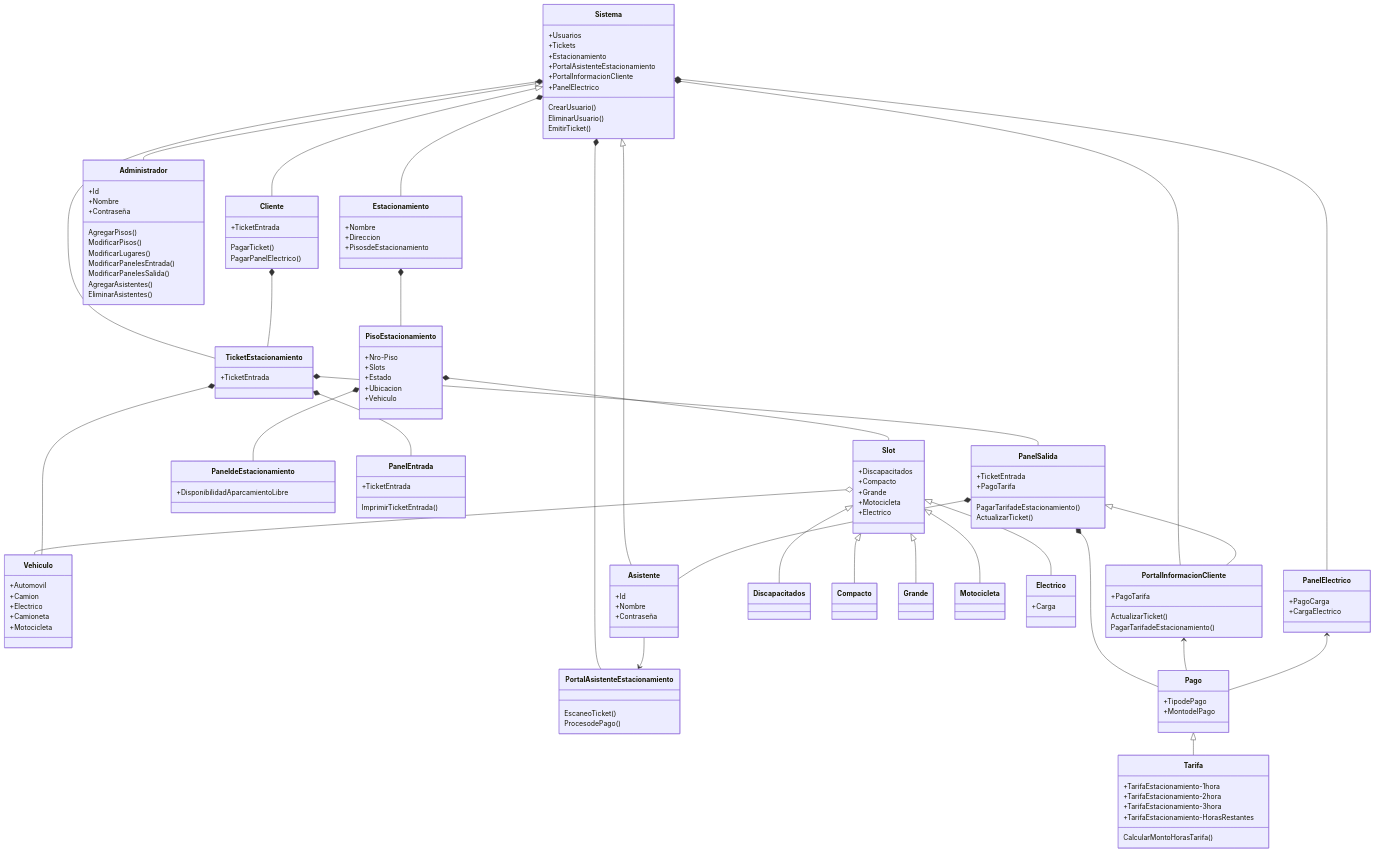
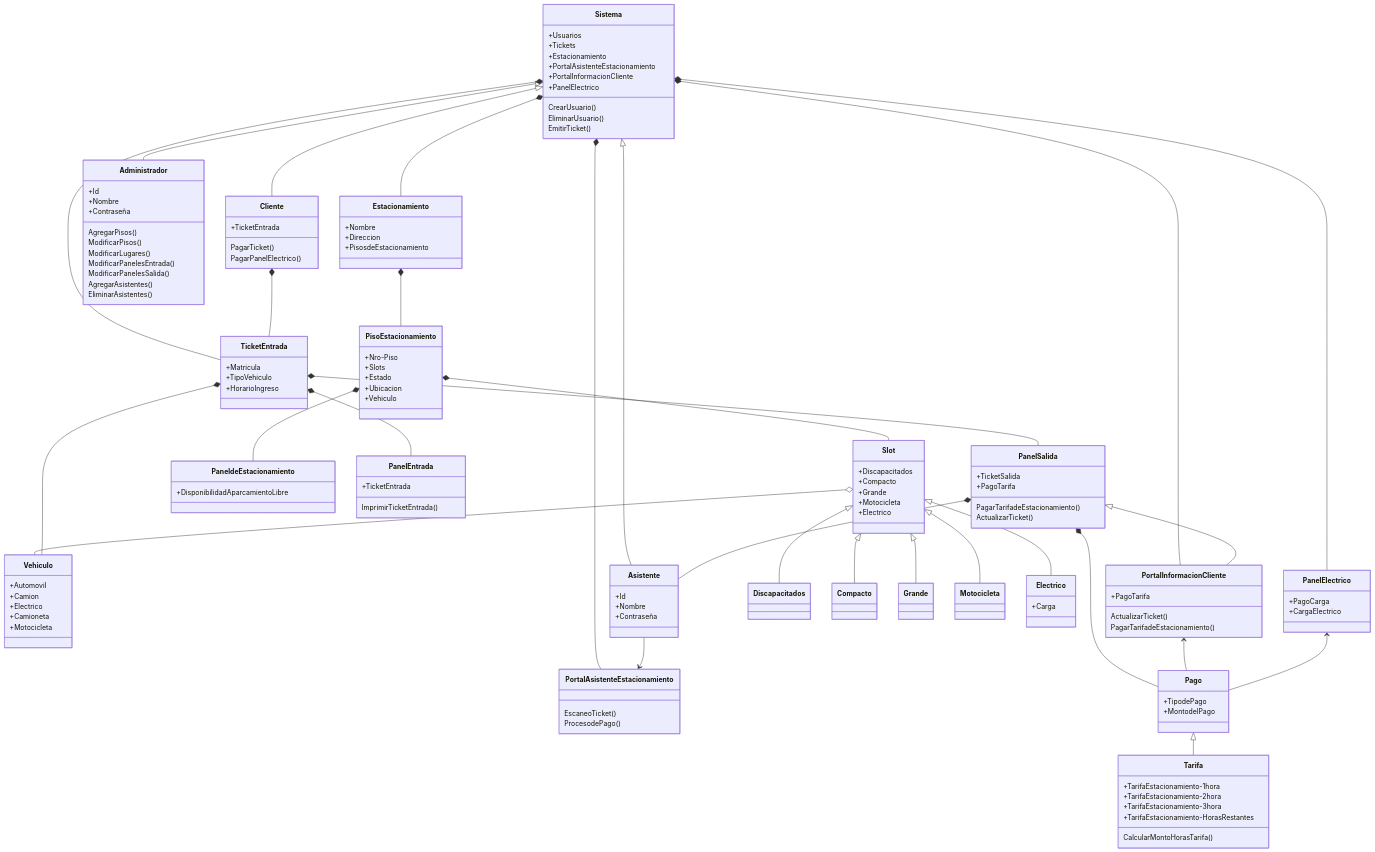
The diagram in doc/diagrama.mmd (09MauroID/Estacionamiento), drawn with Mermaid before and after one commit.

```diff
--- a/doc/diagrama.mmd
+++ b/doc/diagrama.mmd
@@ -1,149 +1,151 @@
 classDiagram
     Estacionamiento *-- PisoEstacionamiento
     PisoEstacionamiento *-- Slot
     Slot o-- Vehiculo
     PisoEstacionamiento *-- PaneldeEstacionamiento
     
     Sistema *-- Estacionamiento
-    Sistema *-- TicketEstacionamiento
+    Sistema *-- TicketEntrada
     Sistema *-- PortalAsistenteEstacionamiento
     Sistema *-- PortalInformacionCliente
     Sistema *-- PanelElectrico
 
     Slot <|-- Discapacitados
     Slot <|-- Compacto
     Slot <|-- Grande
     Slot <|-- Motocicleta
     Slot <|-- Electrico
     
     Sistema <|-- Administrador
     Sistema <|-- Cliente
     Sistema <|-- Asistente
     
     Asistente --> PortalAsistenteEstacionamiento
 
-    Cliente *-- TicketEstacionamiento
+    Cliente *-- TicketEntrada
 
-    TicketEstacionamiento *-- PanelEntrada
-    TicketEstacionamiento *-- PanelSalida
-    TicketEstacionamiento *-- Vehiculo
+    TicketEntrada *-- PanelEntrada
+    TicketEntrada *-- PanelSalida
+    TicketEntrada *-- Vehiculo
 
     PanelSalida *-- Asistente
     PanelSalida *-- Pago
     PanelSalida <|-- PortalInformacionCliente    
 
     PortalInformacionCliente <-- Pago
 
     PanelElectrico <-- Pago
 
     Pago <|-- Tarifa
 
     class Sistema
     Sistema: +Usuarios
     Sistema: +Tickets
     Sistema: +Estacionamiento
     Sistema: +PortalAsistenteEstacionamiento
     Sistema: +PortalInformacionCliente
     Sistema: +PanelElectrico
     Sistema: CrearUsuario()
     Sistema: EliminarUsuario()
     Sistema: EmitirTicket()
 
     class Estacionamiento
     Estacionamiento: +Nombre
     Estacionamiento: +Direccion
     Estacionamiento: +PisosdeEstacionamiento
 
     class PisoEstacionamiento
     PisoEstacionamiento: +Nro-Piso
     PisoEstacionamiento: +Slots
     PisoEstacionamiento: +Estado
     PisoEstacionamiento: +Ubicacion
     PisoEstacionamiento: +Vehiculo
 
     class Slot
     Slot: +Discapacitados
     Slot: +Compacto
     Slot: +Grande
     Slot: +Motocicleta
     Slot: +Electrico
     
     class Discapacitados
 
     class Compacto
     
     class Grande
     
     class Motocicleta
     
     class Electrico
     Electrico: +Carga
 
     class Vehiculo
     Vehiculo: +Automovil
     Vehiculo: +Camion
     Vehiculo: +Electrico
     Vehiculo: +Camioneta
     Vehiculo: +Motocicleta
 
     class Administrador
     Administrador: +Id
     Administrador: +Nombre
     Administrador: +Contraseña
     Administrador: AgregarPisos()
     Administrador: ModificarPisos()
     Administrador: ModificarLugares()
     Administrador: ModificarPanelesEntrada()
     Administrador: ModificarPanelesSalida()
     Administrador: AgregarAsistentes()
     Administrador: EliminarAsistentes()
 
     class Asistente
     Asistente: +Id
     Asistente: +Nombre
     Asistente: +Contraseña
     
     class Cliente
     Cliente: +TicketEntrada
     Cliente: PagarTicket()
     Cliente: PagarPanelElectrico()
 
-    class TicketEstacionamiento
-    TicketEstacionamiento: +TicketEntrada
+    class TicketEntrada
+    TicketEntrada: +Matricula
+    TicketEntrada: +TipoVehiculo
+    TicketEntrada: +HorarioIngreso
 
     class PanelEntrada
     PanelEntrada: +TicketEntrada
     PanelEntrada: ImprimirTicketEntrada()
 
     class PanelSalida
-    PanelSalida: +TicketEntrada
+    PanelSalida: +TicketSalida
     PanelSalida: +PagoTarifa
     PanelSalida: PagarTarifadeEstacionamiento()
     PanelSalida: ActualizarTicket()
 
     class Pago
     Pago: +TipodePago
     Pago: +MontodelPago
 
     class Tarifa
     Tarifa: +TarifaEstacionamiento-1hora
     Tarifa: +TarifaEstacionamiento-2hora
     Tarifa: +TarifaEstacionamiento-3hora
     Tarifa: +TarifaEstacionamiento-HorasRestantes
     Tarifa: CalcularMontoHorasTarifa()
 
     class PaneldeEstacionamiento
     PaneldeEstacionamiento: +DisponibilidadAparcamientoLibre
 
     class PortalAsistenteEstacionamiento
     PortalAsistenteEstacionamiento: EscaneoTicket()
     PortalAsistenteEstacionamiento: ProcesodePago()
 
     class PortalInformacionCliente
     PortalInformacionCliente: +PagoTarifa
     PortalInformacionCliente: ActualizarTicket()
     PortalInformacionCliente: PagarTarifadeEstacionamiento()
 
     class PanelElectrico
     PanelElectrico: +PagoCarga
     PanelElectrico: +CargaElectrico
```
